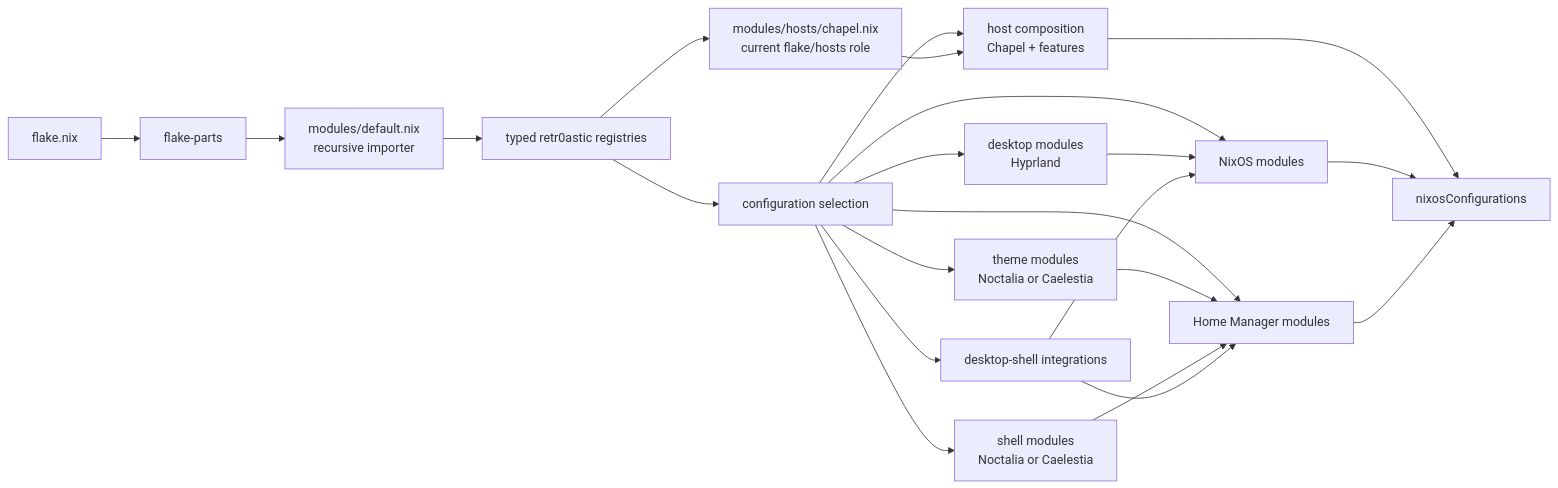
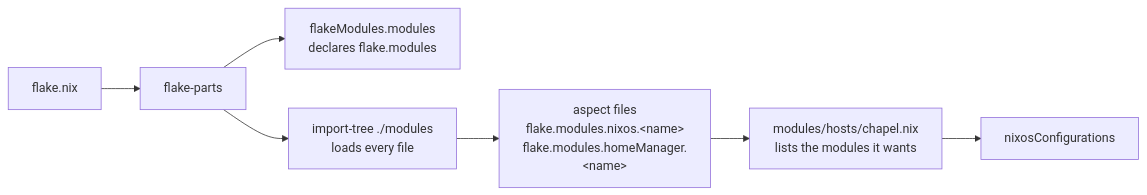
Before and after one commit to Retr0astic/nixos: the diagram in README.md, drawn with Mermaid. The commit also changed other lines of this file and 46 other files, not shown here.

```diff
--- a/README.md
+++ b/README.md
@@ -76,24 +62,9 @@
 ~~~mermaid
 flowchart LR
     F[flake.nix] --> P[flake-parts]
-    P --> I[modules/default.nix<br/>recursive importer]
-    I --> R[typed retr0astic registries]
-    R --> H[modules/hosts/chapel.nix<br/>current flake/hosts role]
-    R --> C[configuration selection]
-    C --> HC[host composition<br/>Chapel + features]
-    C --> D[desktop modules<br/>Hyprland]
-    C --> T[theme modules<br/>Noctalia or Caelestia]
-    C --> S[shell modules<br/>Noctalia or Caelestia]
-    C --> G[desktop-shell integrations]
-    C --> N[NixOS modules]
-    C --> M[Home Manager modules]
-    H --> HC
-    D --> N
-    T --> M
-    S --> M
-    G --> N
-    G --> M
-    HC --> O[nixosConfigurations]
-    N --> O
-    M --> O
+    P --> X[flakeModules.modules<br/>declares flake.modules]
+    P --> I[import-tree ./modules<br/>loads every file]
+    I --> A["aspect files<br/>flake.modules.nixos.&lt;name&gt;<br/>flake.modules.homeManager.&lt;name&gt;"]
+    A --> H[modules/hosts/chapel.nix<br/>lists the modules it wants]
+    H --> O[nixosConfigurations]
 ~~~
```
